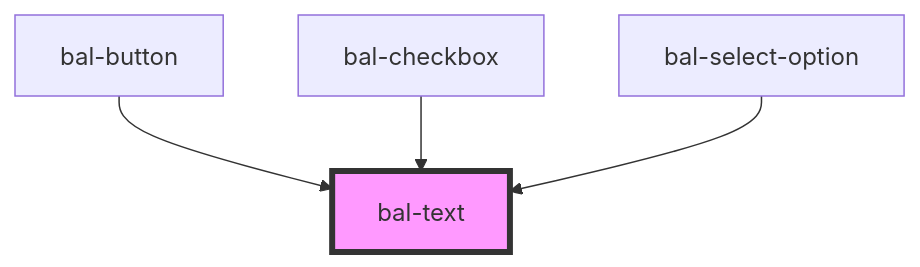
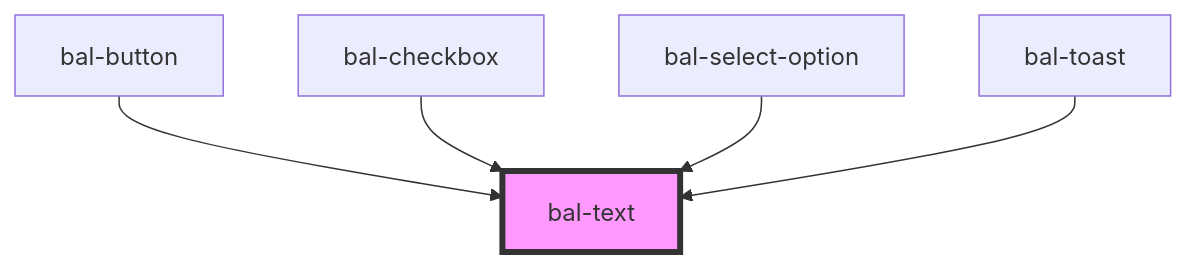
One commit to baloise/ui-library-next changed the diagram in packages/library/src/components/bal-text/readme.md. Above: the diagram before and after it, drawn with Mermaid. The commit also changed other lines of this file and 16 other files, not shown here.

````diff
--- a/packages/library/src/components/bal-text/readme.md
+++ b/packages/library/src/components/bal-text/readme.md
@@ -17,7 +18,8 @@
 ```mermaid
 graph TD;
   bal-button --> bal-text
   bal-checkbox --> bal-text
   bal-select-option --> bal-text
+  bal-toast --> bal-text
   style bal-text fill:#f9f,stroke:#333,stroke-width:4px
 ```
````
